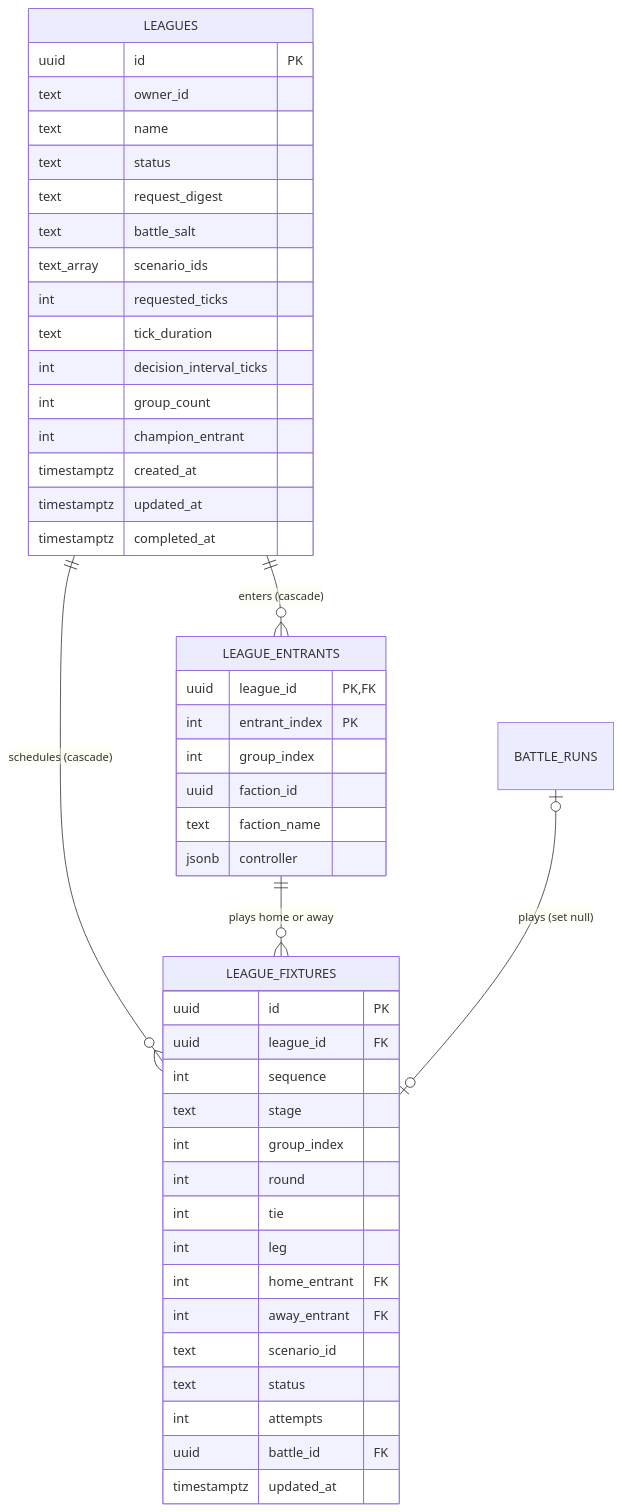
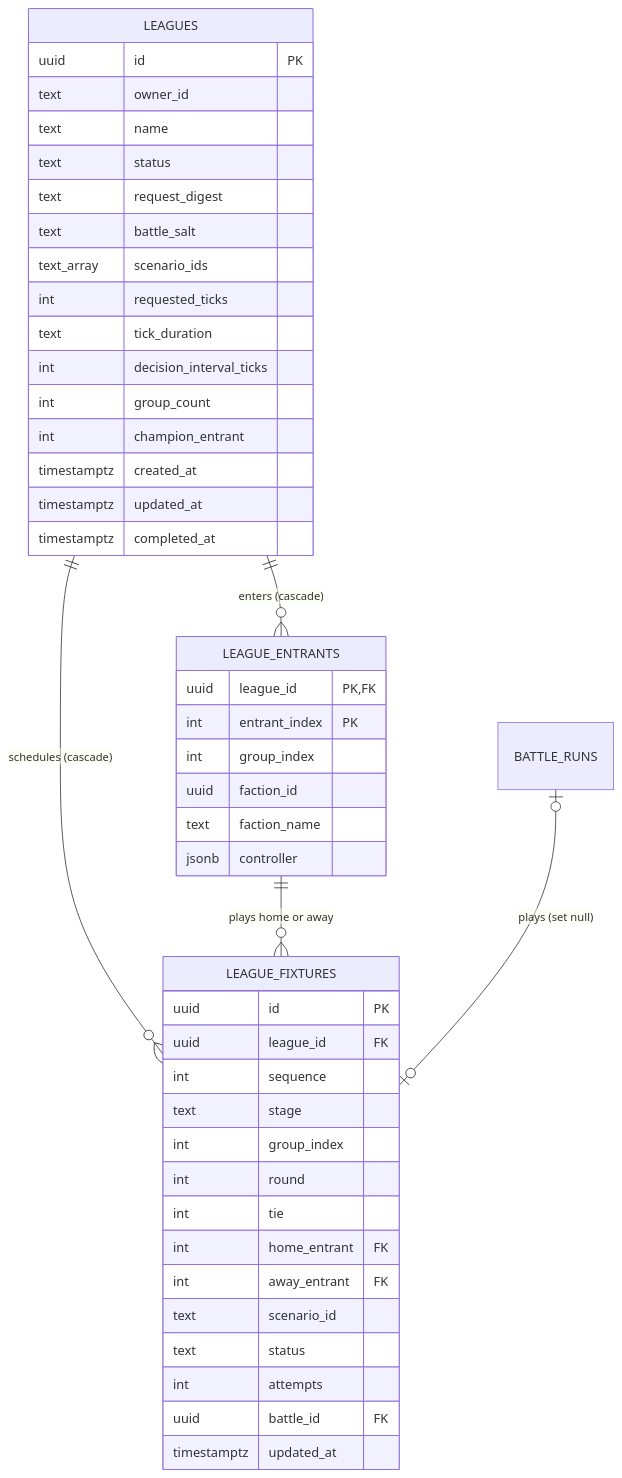
Before and after one commit to twhAuto/autonomous_battlefield: the second of 4 diagrams in docs/architecture/database.md, drawn with Mermaid. The commit also changed other lines of this file and 24 other files, not shown here.

````diff
--- a/docs/architecture/database.md
+++ b/docs/architecture/database.md
@@ -172,49 +172,48 @@
 ```mermaid
 erDiagram
     LEAGUES ||--o{ LEAGUE_ENTRANTS : "enters (cascade)"
     LEAGUES ||--o{ LEAGUE_FIXTURES : "schedules (cascade)"
     LEAGUE_ENTRANTS ||--o{ LEAGUE_FIXTURES : "plays home or away"
     BATTLE_RUNS |o--o| LEAGUE_FIXTURES : "plays (set null)"
     LEAGUES {
         uuid id PK
         text owner_id
         text name
         text status
         text request_digest
         text battle_salt
         text_array scenario_ids
         int requested_ticks
         text tick_duration
         int decision_interval_ticks
         int group_count
         int champion_entrant
         timestamptz created_at
         timestamptz updated_at
         timestamptz completed_at
     }
     LEAGUE_ENTRANTS {
         uuid league_id PK,FK
         int entrant_index PK
         int group_index
         uuid faction_id
         text faction_name
         jsonb controller
     }
     LEAGUE_FIXTURES {
         uuid id PK
         uuid league_id FK
         int sequence
         text stage
         int group_index
         int round
         int tie
-        int leg
         int home_entrant FK
         int away_entrant FK
         text scenario_id
         text status
         int attempts
         uuid battle_id FK
         timestamptz updated_at
     }
 ```
````
